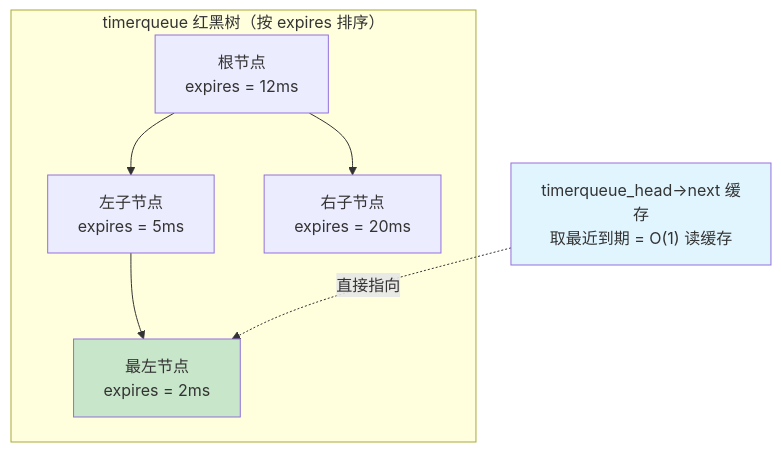
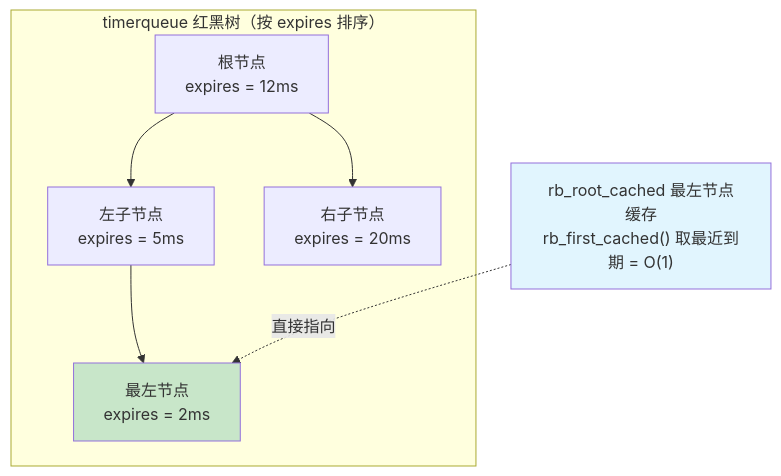
The first of 2 diagrams in docs/02-核心机制深度解析/第10章 中断与时间/10.5.4_hrtimer的实现.md (xiaohong0925/Embedded_Knowledge_System_V2026), drawn with Mermaid before and after one commit. The commit also changed other lines of this file and 35 other files, not shown here.

````diff
--- a/docs/02-核心机制深度解析/第10章 中断与时间/10.5.4_hrtimer的实现.md
+++ b/docs/02-核心机制深度解析/第10章 中断与时间/10.5.4_hrtimer的实现.md
@@ -63,15 +63,15 @@
 ```mermaid
 flowchart TB
     subgraph TREE["timerqueue 红黑树（按 expires 排序）"]
         R["根节点<br/>expires = 12ms"]
         L1["左子节点<br/>expires = 5ms"]
         R1["右子节点<br/>expires = 20ms"]
         LL["最左节点<br/>expires = 2ms"]
         R --> L1
         R --> R1
         L1 --> LL
     end
-    NEXT["timerqueue_head→next 缓存<br/>取最近到期 = O(1) 读缓存"] -.->|"直接指向"| LL
+    NEXT["rb_root_cached 最左节点缓存<br/>rb_first_cached() 取最近到期 = O(1)"] -.->|"直接指向"| LL
     style LL fill:#c8e6c9
     style NEXT fill:#e1f5fe
 ```
````
